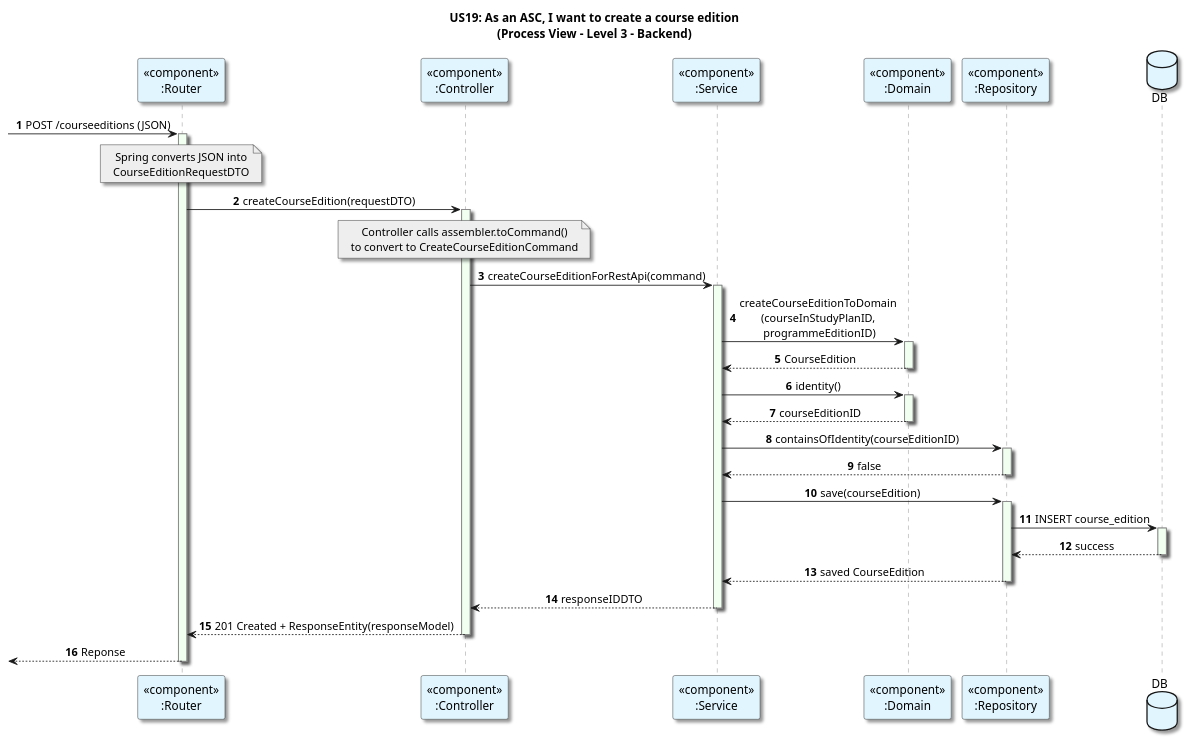
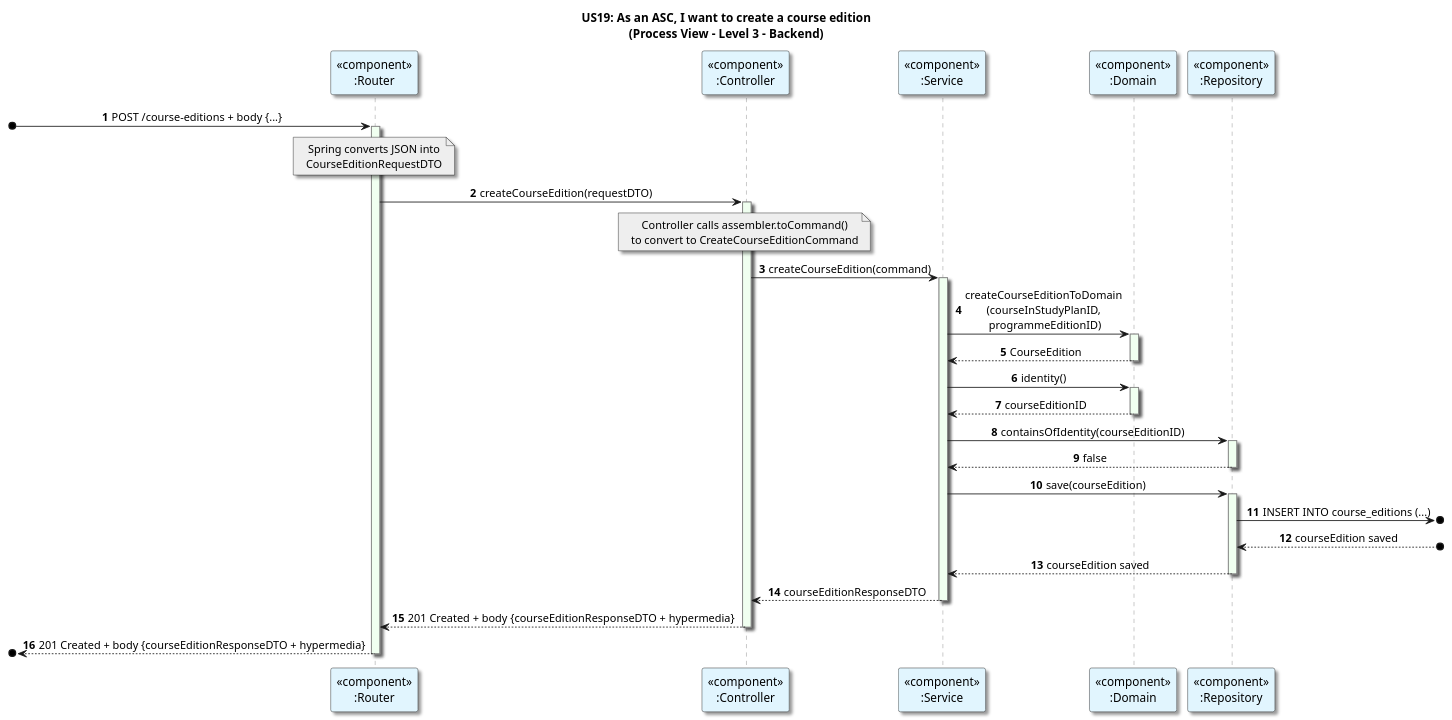
Before and after one commit to GasparISEP/DevOps-PAI: the diagram in docs/US19/Sprint7_RestAPI/ProcessView/Level3Granularity.puml, drawn with PlantUML.

Commit message:
[docs]: update Level3Granularity.puml to refine course edition creation flow and improve clarity in API interactions #708 #710

```diff
--- a/docs/US19/Sprint7_RestAPI/ProcessView/Level3Granularity.puml
+++ b/docs/US19/Sprint7_RestAPI/ProcessView/Level3Granularity.puml
@@ -1,85 +1,82 @@
 @startuml
 title: US19: As an ASC, I want to create a course edition\n(Process View - Level 3 - Backend)
 autonumber
 
 skinparam {
   ActivityPadding 2
   ActivityMargin 2
   BoxPadding 2
 }
 skinparam sequence {
     LifeLineBorderColor Grey
     LifeLineBackgroundColor HoneyDew
 }
 skinparam defaultTextAlignment center
 skinparam shadowing true
 
 participant "<<component>>\n:Router" as Router #E1F5FE
 participant "<<component>>\n:Controller" as Controller #E1F5FE
 participant "<<component>>\n:Service" as Service #E1F5FE
 participant "<<component>>\n:Domain" as Domain #E1F5FE
 participant "<<component>>\n:Repository" as Repository #E1F5FE
 
-database DB as DB #E1F5FE
 
--> Router: POST /courseeditions (JSON)
+[o-> Router: POST /course-editions + body {...}
 activate Router
 note over Router #EEEEEE
 Spring converts JSON into
 CourseEditionRequestDTO
 end note
 Router -> Controller: createCourseEdition(requestDTO)
 activate Controller
 
 note over Controller #EEEEEE
 Controller calls assembler.toCommand()
 to convert to CreateCourseEditionCommand
 end note
 
 
 
-Controller -> Service: createCourseEditionForRestApi(command)
+Controller -> Service: createCourseEdition(command)
 activate Service
 
 
 Service -> Domain: createCourseEditionToDomain\n(courseInStudyPlanID,\n programmeEditionID)
 activate Domain
 Domain --> Service: CourseEdition
 deactivate Domain
 Service -> Domain: identity()
 activate Domain
 Domain --> Service: courseEditionID
 deactivate Domain
 
 Service -> Repository: containsOfIdentity(courseEditionID)
 activate Repository
 Repository --> Service: false
 deactivate Repository
 
 Service -> Repository: save(courseEdition)
 activate Repository
 
-Repository -> DB: INSERT course_edition
-activate DB
-DB --> Repository: success
-deactivate DB
+Repository ->o] : INSERT INTO course_editions (...)
+Repository <--o]: courseEdition saved
 
-Repository --> Service: saved CourseEdition
+Repository --> Service: courseEdition saved
 deactivate Repository
 
 
 
 
-    Service --> Controller: responseIDDTO
+    Service --> Controller: courseEditionResponseDTO
     deactivate Service
 
 
-    Controller --> Router: 201 Created + ResponseEntity(responseModel)
+    Controller --> Router: 201 Created + body {courseEditionResponseDTO + hypermedia}
 
 
 
 deactivate Controller
 
-<-- Router: Reponse
+[o<-- Router: 201 Created + body {courseEditionResponseDTO + hypermedia}
 deactivate Router
 @enduml
```
